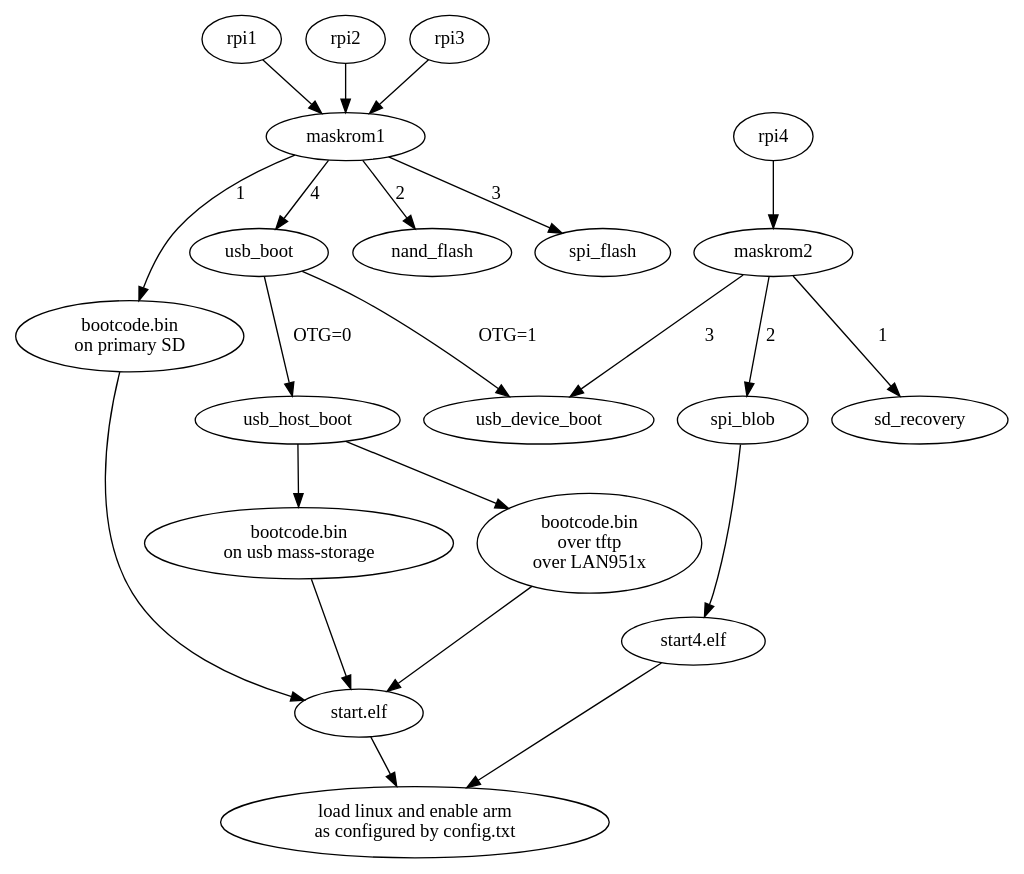
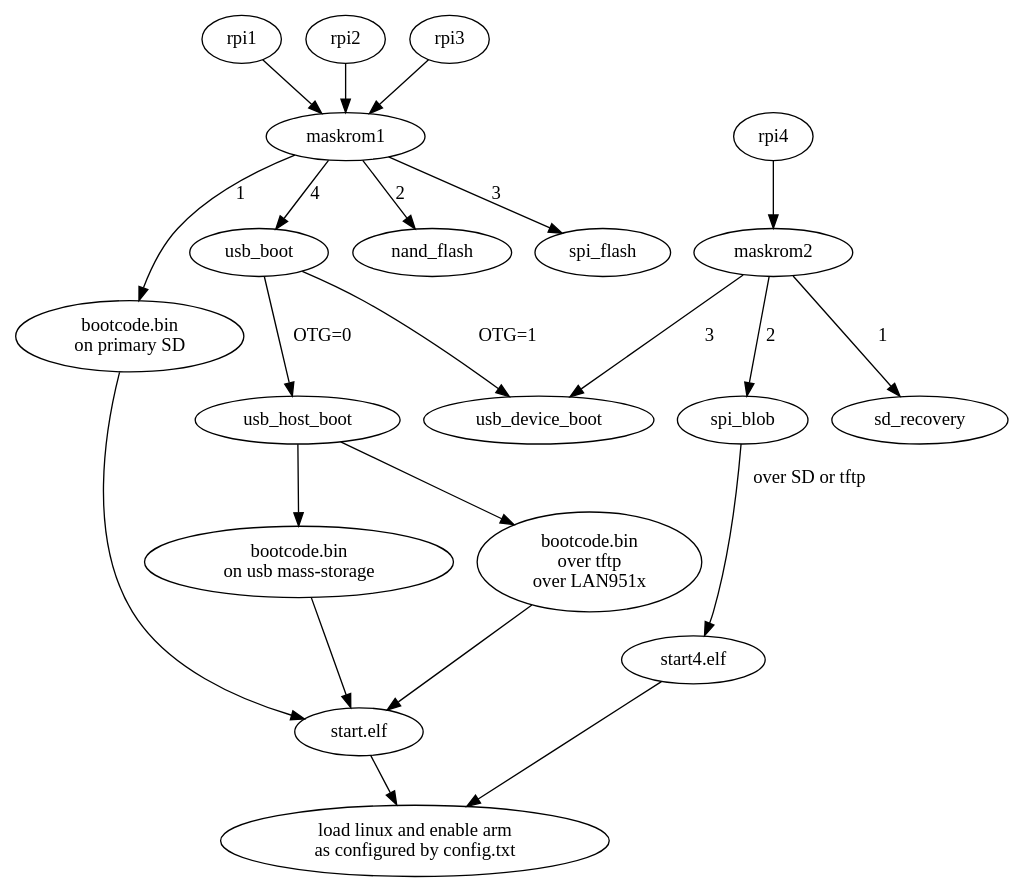
Before and after one commit to librerpi/rpi-open-firmware: the diagram in official-boot-flow.dot, drawn with Graphviz. The commit also changed 1 other file, not shown here.

```diff
--- a/official-boot-flow.dot
+++ b/official-boot-flow.dot
@@ -1,37 +1,37 @@
 digraph {
   rpi1 -> maskrom1
   rpi2 -> maskrom1
   rpi3 -> maskrom1
   rpi4 -> maskrom2
 
   maskrom1 -> sd_bootcode [ label="1" ]
   maskrom1 -> nand_flash [ label="2" ]
   maskrom1 -> spi_flash [ label="3" ]
   maskrom1 -> usb_boot [ label="4" ]
 
   maskrom2 -> sd_recovery [ label="1" ]
   maskrom2 -> spi_blob [ label="2" ]
   maskrom2 -> usb_device_boot [ label="3" ]
 
   usb_boot -> usb_host_boot [ label="OTG=0" ]
   usb_boot -> usb_device_boot [ label="OTG=1" ]
 
   usb_host_boot -> usb_bootcode
   usb_host_boot -> usb_netboot
 
   sd_bootcode -> start_elf
   usb_bootcode -> start_elf
   usb_netboot -> start_elf
 
-  spi_blob -> start4_elf
+  spi_blob -> start4_elf [ label="over SD or tftp" ]
 
   start_elf -> final
   start4_elf -> final
 
   sd_bootcode [ label="bootcode.bin\non primary SD" ]
   usb_bootcode [ label="bootcode.bin\non usb mass-storage" ]
   usb_netboot [ label="bootcode.bin\nover tftp\nover LAN951x" ]
   start_elf [ label="start.elf" ]
   start4_elf [ label="start4.elf" ]
   final [ label="load linux and enable arm\nas configured by config.txt" ]
 }
```
